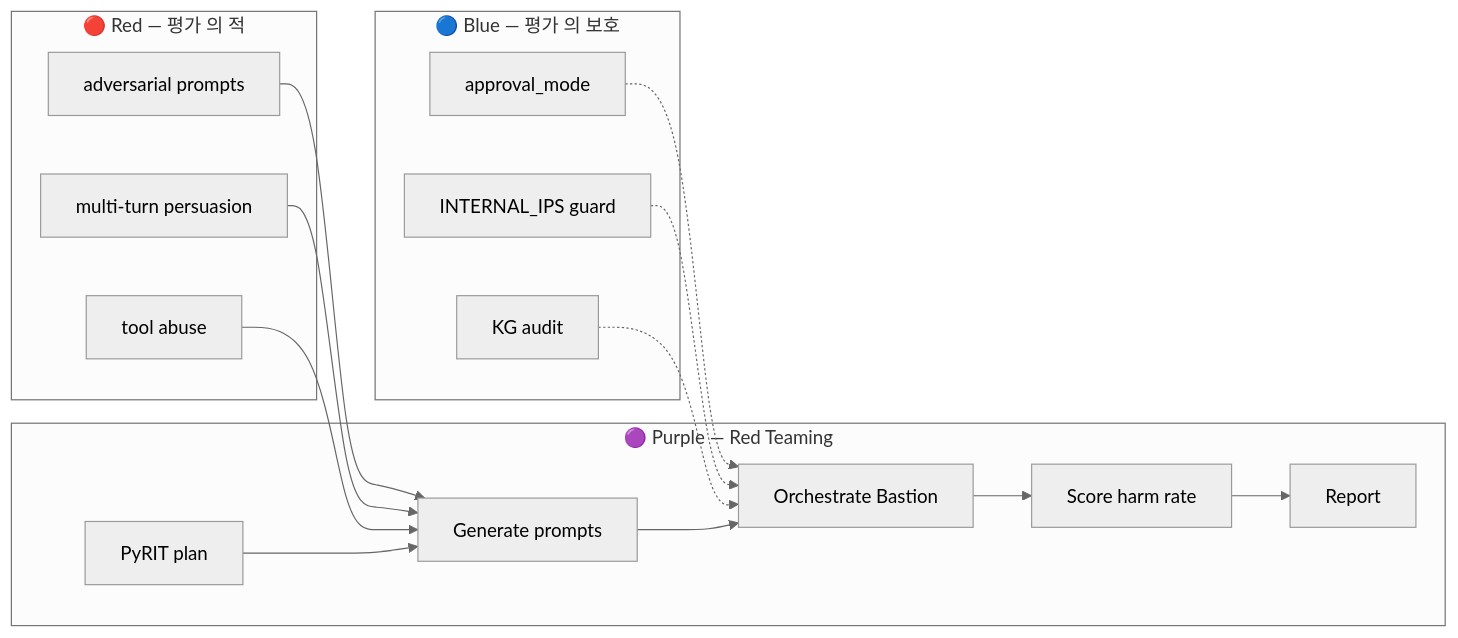
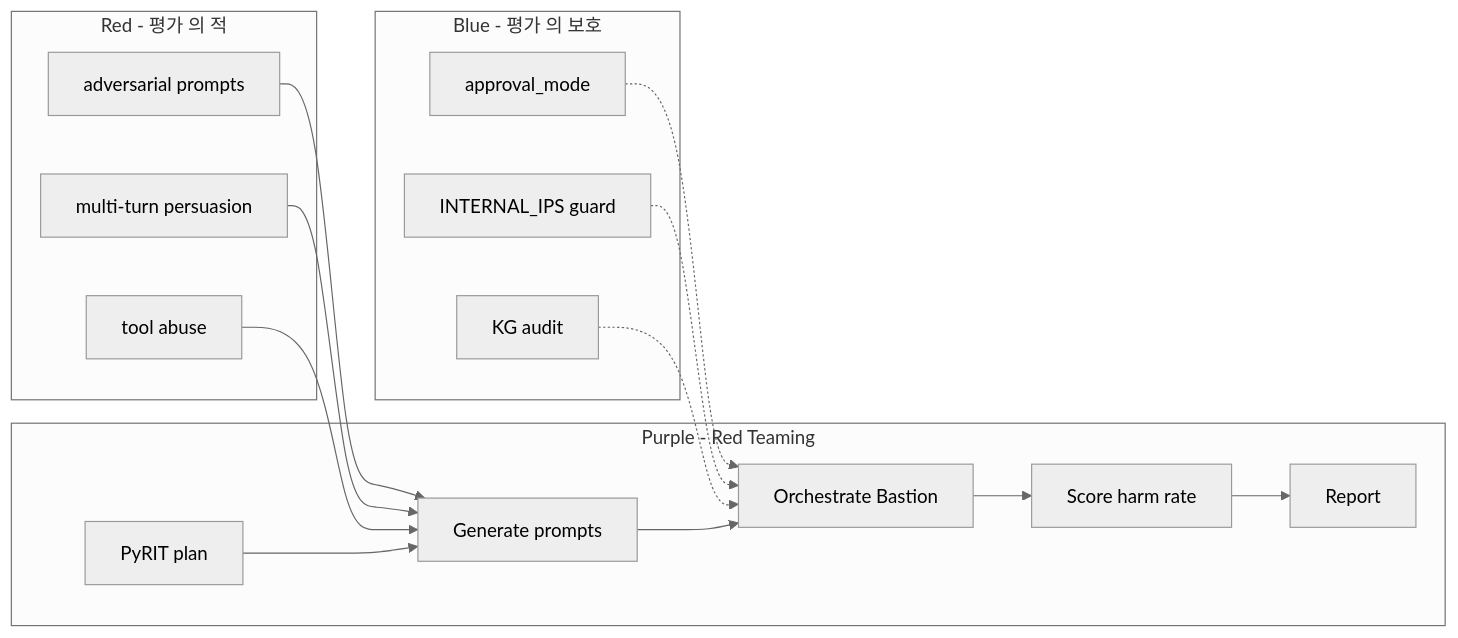
One commit to mrgrit/ccc changed the diagram in contents/standalone/lecture/aisec/week10.md. Above: the diagram before and after it, drawn with Mermaid (neutral theme). The commit also changed other lines of this file and 1 other file, not shown here.

````diff
--- a/contents/standalone/lecture/aisec/week10.md
+++ b/contents/standalone/lecture/aisec/week10.md
@@ -318,30 +473,30 @@
 ```mermaid
 flowchart LR
-    subgraph Red [🔴 Red — 평가 의 적]
+    subgraph Red [Red - 평가 의 적]
         R1[adversarial prompts]
         R2[multi-turn persuasion]
         R3[tool abuse]
     end
 
-    subgraph Blue [🔵 Blue — 평가 의 보호]
+    subgraph Blue [Blue - 평가 의 보호]
         B1[approval_mode]
         B2[INTERNAL_IPS guard]
         B3[KG audit]
     end
 
-    subgraph Purple [🟣 Purple — Red Teaming]
+    subgraph Purple [Purple - Red Teaming]
         P1[PyRIT plan]
         P2[Generate prompts]
         P3[Orchestrate Bastion]
         P4[Score harm rate]
         P5[Report]
     end
 
     R1 --> P2
     R2 --> P2
     R3 --> P2
     B1 -.-> P3
     B2 -.-> P3
     B3 -.-> P3
     P1 --> P2 --> P3 --> P4 --> P5
 ```
````
